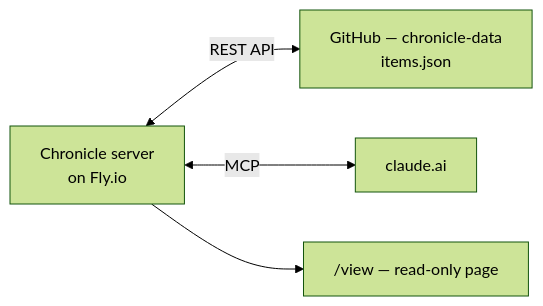
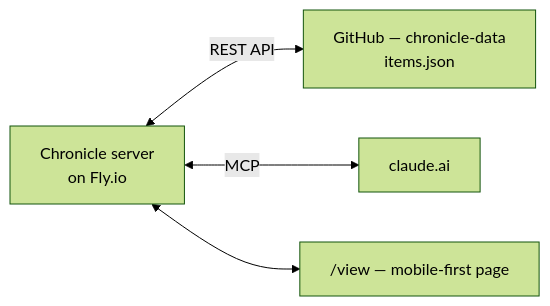
The diagram in README.md (markmace/chronicle), drawn with Mermaid (forest theme) before and after one commit. The commit also changed other lines of this file and 4 other files, not shown here.

First line of the commit message:
Add write UI to the view page: quick-add form, complete/uncomplete, delete

````diff
--- a/README.md
+++ b/README.md
@@ -27,11 +28,11 @@
 ```mermaid
 flowchart LR
     G["GitHub — chronicle-data<br/>items.json"]
     M["Chronicle server<br/>on Fly.io"]
     C["claude.ai"]
-    V["/view — read-only page"]
+    V["/view — mobile-first page"]
 
     M <-->|REST API| G
     M <-->|MCP| C
-    M --> V
+    M <--> V
 ```
````
